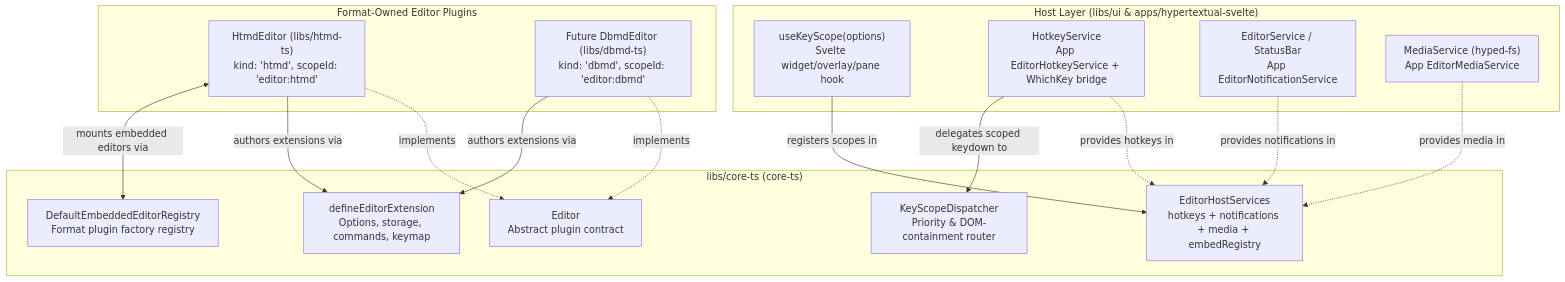
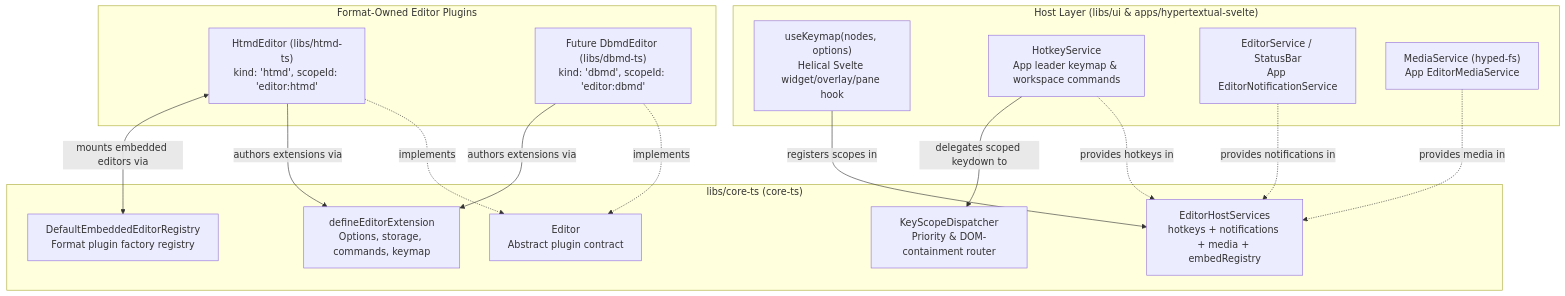
One commit to hypertextual/hypertextual changed the first of 2 diagrams in docs/architecture/core-ts.md. Above: the diagram before and after it, drawn with Mermaid. The commit also changed 15 other files, not shown here.

First line of the commit message:
refactor(ui,docs): remove useKeyScope in favor of Helical useKeymap

````diff
--- a/docs/architecture/core-ts.md
+++ b/docs/architecture/core-ts.md
@@ -29,33 +29,33 @@
 ```mermaid
 flowchart TB
   subgraph CoreTS["libs/core-ts (core-ts)"]
     ED["Editor<TDoc, TCommandMap><br/>Abstract plugin contract"]
     EX["defineEditorExtension<br/>Options, storage, commands, keymap"]
     KS["KeyScopeDispatcher<br/>Priority & DOM-containment router"]
     RG["DefaultEmbeddedEditorRegistry<br/>Format plugin factory registry"]
     SV["EditorHostServices<br/>hotkeys + notifications + media + embedRegistry"]
   end
 
   subgraph Plugins["Format-Owned Editor Plugins"]
     HTMD["HtmdEditor (libs/htmd-ts)<br/>kind: 'htmd', scopeId: 'editor:htmd'"]
     DBMD["Future DbmdEditor (libs/dbmd-ts)<br/>kind: 'dbmd', scopeId: 'editor:dbmd'"]
   end
 
   subgraph Host["Host Layer (libs/ui & apps/hypertextual-svelte)"]
-    UKS["useKeyScope(options)<br/>Svelte widget/overlay/pane hook"]
-    HS["HotkeyService<br/>App EditorHotkeyService + WhichKey bridge"]
+    UKS["useKeymap(nodes, options)<br/>Helical Svelte widget/overlay/pane hook"]
+    HS["HotkeyService<br/>App leader keymap & workspace commands"]
     NS["EditorService / StatusBar<br/>App EditorNotificationService"]
     MS["MediaService (hyped-fs)<br/>App EditorMediaService"]
   end
 
   HTMD -.->|"implements"| ED
   DBMD -.->|"implements"| ED
   HTMD -->|"authors extensions via"| EX
   DBMD -->|"authors extensions via"| EX
   HTMD <-->|"mounts embedded editors via"| RG
   UKS -->|"registers scopes in"| SV
   HS -.->|"provides hotkeys in"| SV
   NS -.->|"provides notifications in"| SV
   MS -.->|"provides media in"| SV
   HS -->|"delegates scoped keydown to"| KS
 ```
````
